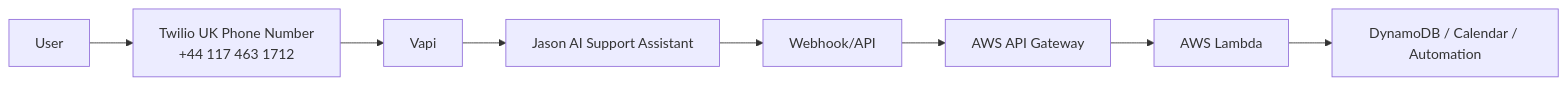
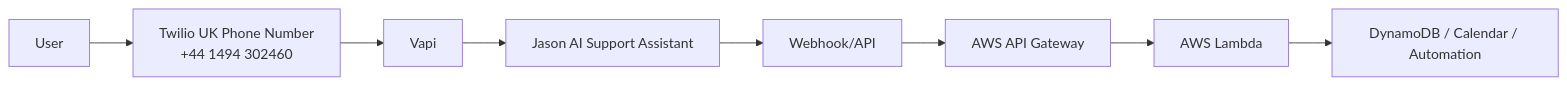
Before and after one commit to Jazblue/jason-ai-phone-agent: the diagram in README.md, drawn with Mermaid. The commit also changed other lines of this file and 1 other file, not shown here.

Commit message:
Update Twilio number and document live phone testing

````diff
--- a/README.md
+++ b/README.md
@@ -22,10 +22,10 @@
 ```mermaid
 flowchart LR
-    A[User] --> B[Twilio UK Phone Number<br/>+44 117 463 1712]
+    A[User] --> B[Twilio UK Phone Number<br/>+44 1494 302460]
     B --> C[Vapi]
     C --> D[Jason AI Support Assistant]
     D --> E[Webhook/API]
     E --> F[AWS API Gateway]
     F --> G[AWS Lambda]
     G --> H[DynamoDB / Calendar / Automation]
 ```
````
